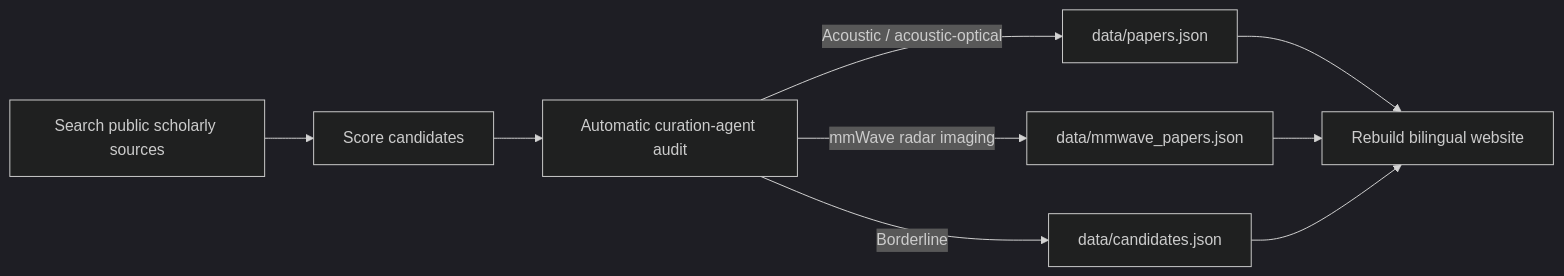
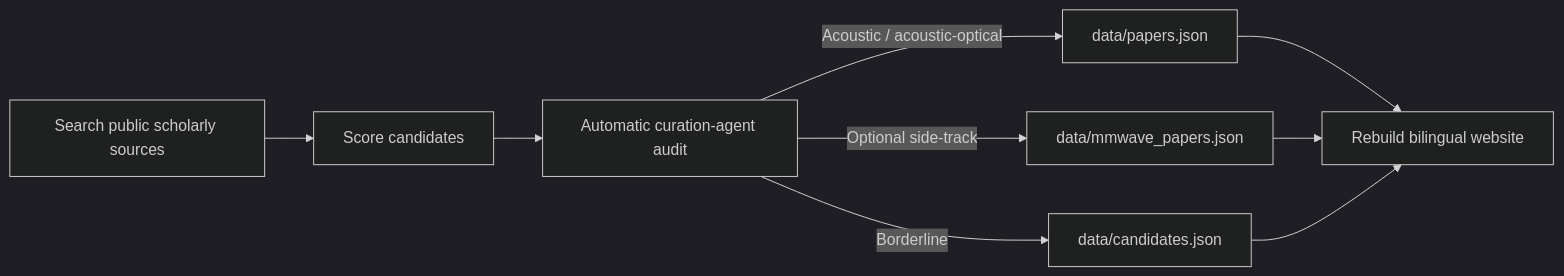
One commit to ruixv/acoustic-optics-imaging changed the diagram in README.md. Above: the diagram before and after it, drawn with Mermaid (dark theme). The commit also changed other lines of this file, not shown here.

Commit message:
Downplay mmWave track in README

````diff
--- a/README.md
+++ b/README.md
@@ -101,11 +102,11 @@
 ```mermaid
 flowchart LR
     A[Search public scholarly sources] --> B[Score candidates]
     B --> C[Automatic curation-agent audit]
     C -->|Acoustic / acoustic-optical| D[data/papers.json]
-    C -->|mmWave radar imaging| M[data/mmwave_papers.json]
+    C -->|Optional side-track| M[data/mmwave_papers.json]
     C -->|Borderline| E[data/candidates.json]
     D --> F[Rebuild bilingual website]
     M --> F
     E --> F
 ```
````
